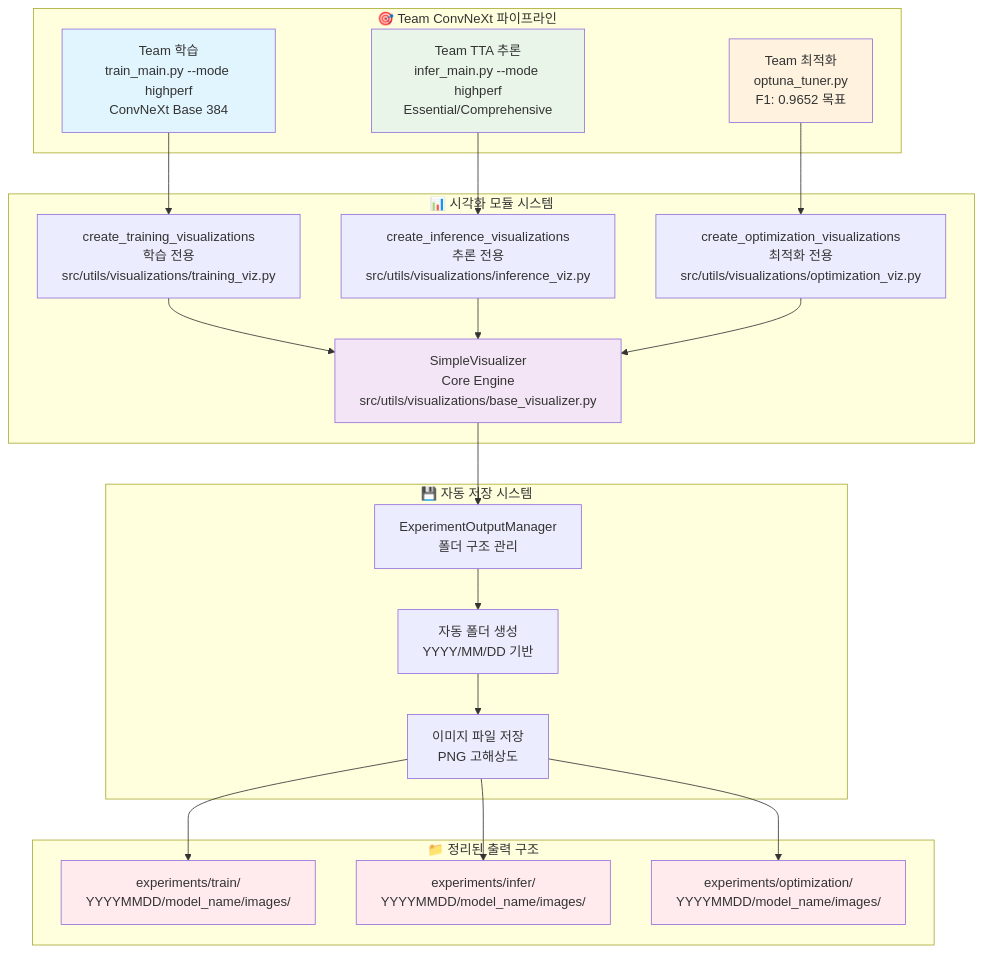
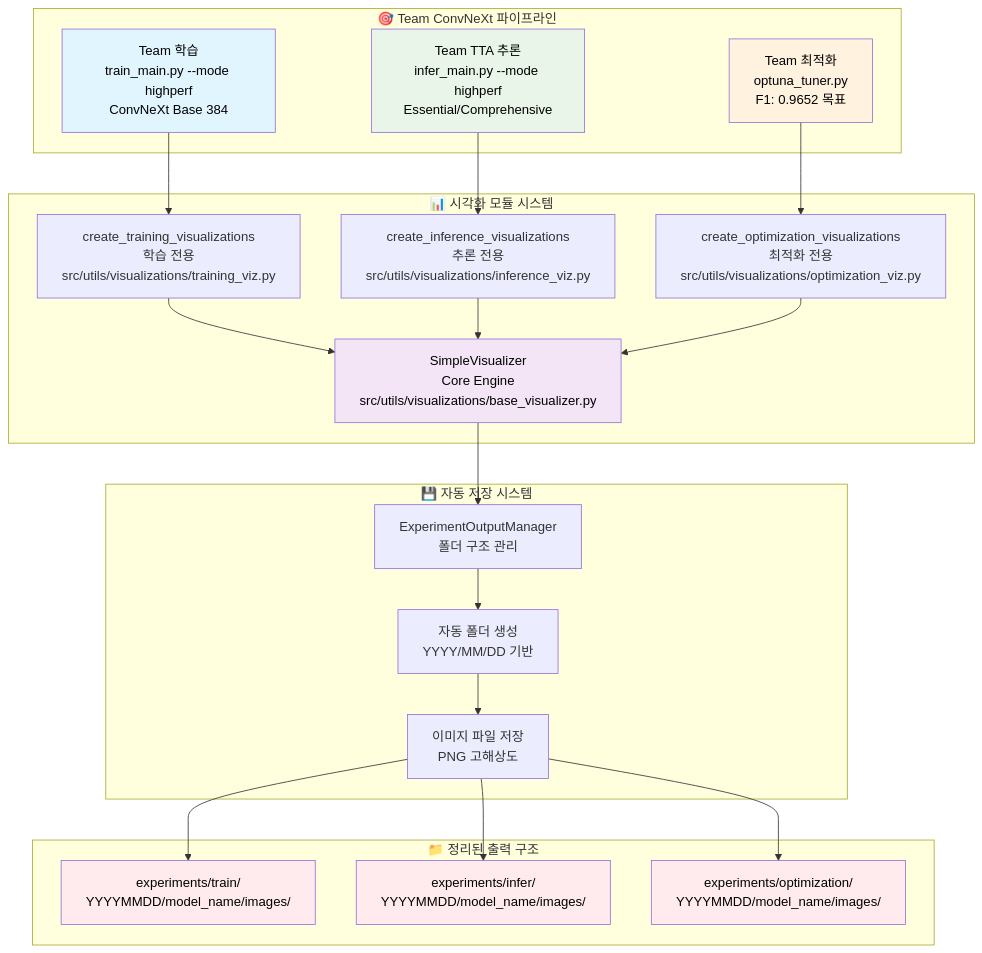
Before and after one commit to nimnusmik/CV_documents_classification_competition: the first of 6 diagrams in docs/시스템/시각화_시스템_가이드.md, drawn with Mermaid. The commit also changed other lines of this file and 11 other files, not shown here.

Commit message:
docs: mermaid 글자 색상 명확한 검정색으로 수정

````diff
--- a/docs/시스템/시각화_시스템_가이드.md
+++ b/docs/시스템/시각화_시스템_가이드.md
@@ -40,51 +40,51 @@
 ```mermaid
 graph TD
     subgraph "🎯 Team ConvNeXt 파이프라인"
         A[Team 학습<br/>train_main.py --mode highperf<br/>ConvNeXt Base 384]
         B[Team TTA 추론<br/>infer_main.py --mode highperf<br/>Essential/Comprehensive]
         C[Team 최적화<br/>optuna_tuner.py<br/>F1: 0.9652 목표]
     end
     
     subgraph "📊 시각화 모듈 시스템"
         D[SimpleVisualizer<br/>Core Engine<br/>src/utils/visualizations/base_visualizer.py]
         E[create_training_visualizations<br/>학습 전용<br/>src/utils/visualizations/training_viz.py]
         F[create_inference_visualizations<br/>추론 전용<br/>src/utils/visualizations/inference_viz.py]
         G[create_optimization_visualizations<br/>최적화 전용<br/>src/utils/visualizations/optimization_viz.py]
     end
     
     subgraph "💾 자동 저장 시스템"
         H[ExperimentOutputManager<br/>폴더 구조 관리]
         I[자동 폴더 생성<br/>YYYY/MM/DD 기반]
         J[이미지 파일 저장<br/>PNG 고해상도]
     end
     
     subgraph "📁 정리된 출력 구조"
         K[experiments/train/<br/>YYYYMMDD/model_name/images/]
         L[experiments/infer/<br/>YYYYMMDD/model_name/images/]
         M[experiments/optimization/<br/>YYYYMMDD/model_name/images/]
     end
     
     A --> E
     B --> F
     C --> G
     
     E --> D
     F --> D
     G --> D
     
     D --> H
     H --> I
     I --> J
     
     J --> K
     J --> L
     J --> M
     
-    style A fill:#e1f5fe
-    style B fill:#e8f5e8
-    style C fill:#fff3e0
-    style D fill:#f3e5f5
-    style K fill:#ffebee
-    style L fill:#ffebee
-    style M fill:#ffebee
+    style A fill:#e1f5fe, color:#000000
+    style B fill:#e8f5e8, color:#000000
+    style C fill:#fff3e0, color:#000000
+    style D fill:#f3e5f5, color:#000000
+    style K fill:#ffebee, color:#000000
+    style L fill:#ffebee, color:#000000
+    style M fill:#ffebee, color:#000000
 ```
````
